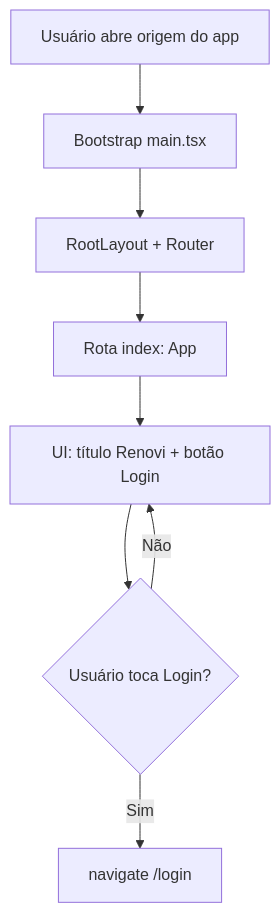
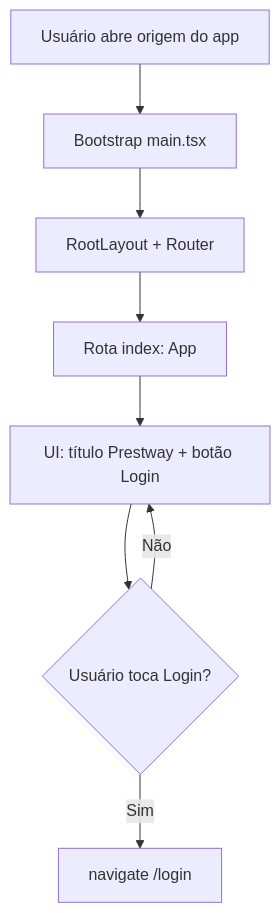
Before and after one commit to higorpo/renovi-orbit-test: the diagram in docs/business/modulos/app-home/features/pagina-inicial.md, drawn with Mermaid. The commit also changed other lines of this file and 188 other files, not shown here.

First line of the commit message:
Update branding from Renovi to Prestway across documentation and configuration files

````diff
--- a/docs/business/modulos/app-home/features/pagina-inicial.md
+++ b/docs/business/modulos/app-home/features/pagina-inicial.md
@@ -65,10 +65,10 @@
 ```mermaid
 flowchart TD
   A[Usuário abre origem do app] --> B[Bootstrap main.tsx]
   B --> C[RootLayout + Router]
   C --> D[Rota index: App]
-  D --> E[UI: título Renovi + botão Login]
+  D --> E[UI: título Prestway + botão Login]
   E --> F{Usuário toca Login?}
   F -->|Sim| G[navigate /login]
   F -->|Não| E
 ```
````
